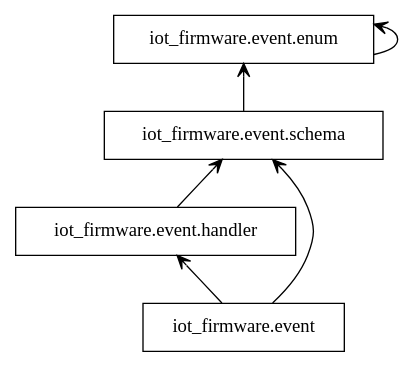
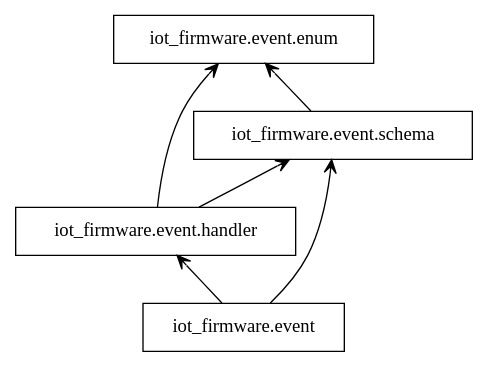
One commit to bonastreyair/iot-firmware changed the diagram in docs/graphs/packages_event.dot. Above: the diagram before and after it, drawn with Graphviz. The commit also changed 5 other files, not shown here.

```diff
--- a/docs/graphs/packages_event.dot
+++ b/docs/graphs/packages_event.dot
@@ -1,13 +1,13 @@
 digraph "packages_event" {
 rankdir=BT
 charset="utf-8"
 "iot_firmware.event" [color="black", label="iot_firmware.event", shape="box", style="solid"];
 "iot_firmware.event.enum" [color="black", label="iot_firmware.event.enum", shape="box", style="solid"];
 "iot_firmware.event.handler" [color="black", label="iot_firmware.event.handler", shape="box", style="solid"];
 "iot_firmware.event.schema" [color="black", label="iot_firmware.event.schema", shape="box", style="solid"];
 "iot_firmware.event" -> "iot_firmware.event.handler" [arrowhead="open", arrowtail="none"];
 "iot_firmware.event" -> "iot_firmware.event.schema" [arrowhead="open", arrowtail="none"];
-"iot_firmware.event.enum" -> "iot_firmware.event.enum" [arrowhead="open", arrowtail="none"];
+"iot_firmware.event.handler" -> "iot_firmware.event.enum" [arrowhead="open", arrowtail="none"];
 "iot_firmware.event.handler" -> "iot_firmware.event.schema" [arrowhead="open", arrowtail="none"];
 "iot_firmware.event.schema" -> "iot_firmware.event.enum" [arrowhead="open", arrowtail="none"];
 }
```
